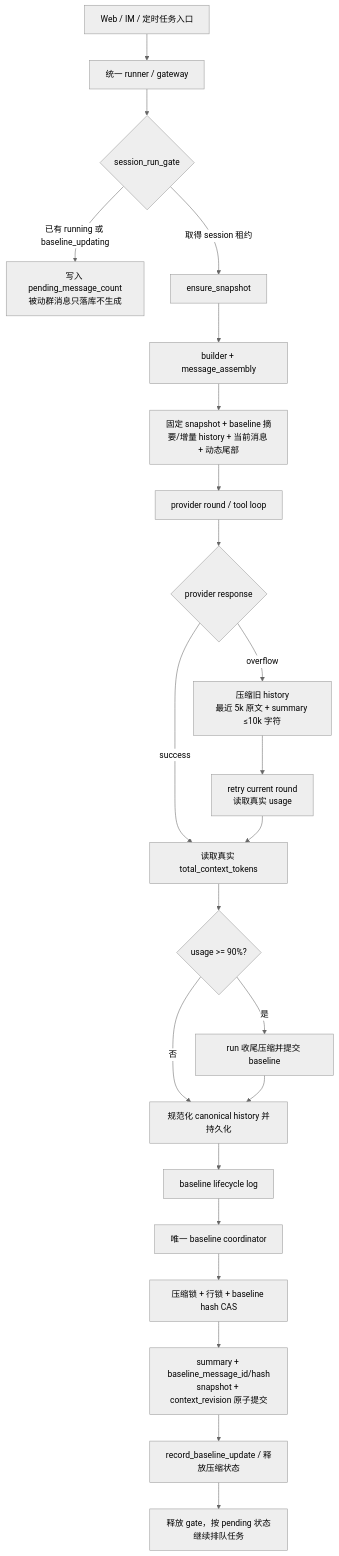
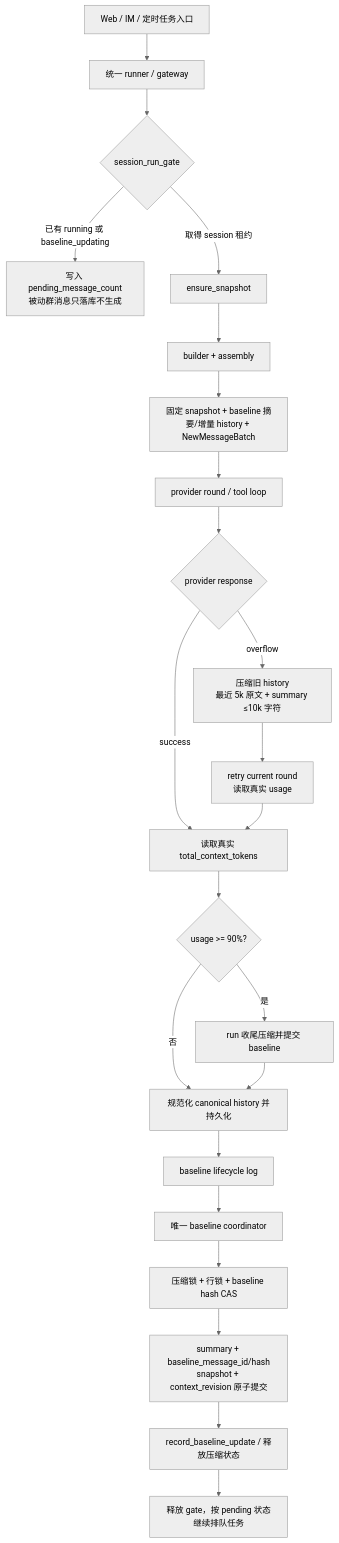
The first of 2 diagrams in docs/agent/32-上下文架构与扩展指南.md (Coffeiz/Gugu-web), drawn with Mermaid (neutral theme) before and after one commit. The commit also changed other lines of this file and 325 other files, not shown here.

````diff
--- a/docs/agent/32-上下文架构与扩展指南.md
+++ b/docs/agent/32-上下文架构与扩展指南.md
@@ -29,25 +29,25 @@
 ```mermaid
 flowchart TD
     A[Web / IM / 定时任务入口] --> B[统一 runner / gateway]
     B --> C{session_run_gate}
     C -->|已有 running 或 baseline_updating| P[写入 pending_message_count<br/>被动群消息只落库不生成]
     C -->|取得 session 租约| D[ensure_snapshot]
-    D --> E[builder + message_assembly]
-    E --> F[固定 snapshot + baseline 摘要/增量 history + 当前消息 + 动态尾部]
+    D --> E[builder + assembly]
+    E --> F[固定 snapshot + baseline 摘要/增量 history + NewMessageBatch]
     F --> G[provider round / tool loop]
     G --> H{provider response}
     H -->|overflow| I[压缩旧 history\n最近 5k 原文 + summary ≤10k 字符]
     H -->|success| J[读取真实 total_context_tokens]
     I --> K[retry current round\n读取真实 usage]
     K --> J
     J --> L{usage >= 90%?}
     L -->|否| M[规范化 canonical history 并持久化]
     L -->|是| N[run 收尾压缩并提交 baseline]
     N --> M
     M --> O[baseline lifecycle log]
     O --> Q[唯一 baseline coordinator]
     Q --> R[压缩锁 + 行锁 + baseline hash CAS]
     R --> S[summary + baseline_message_id/hash<br/>snapshot + context_revision 原子提交]
     S --> T[record_baseline_update / 释放压缩状态]
     T --> U[释放 gate，按 pending 状态继续排队任务]
 ```
````
